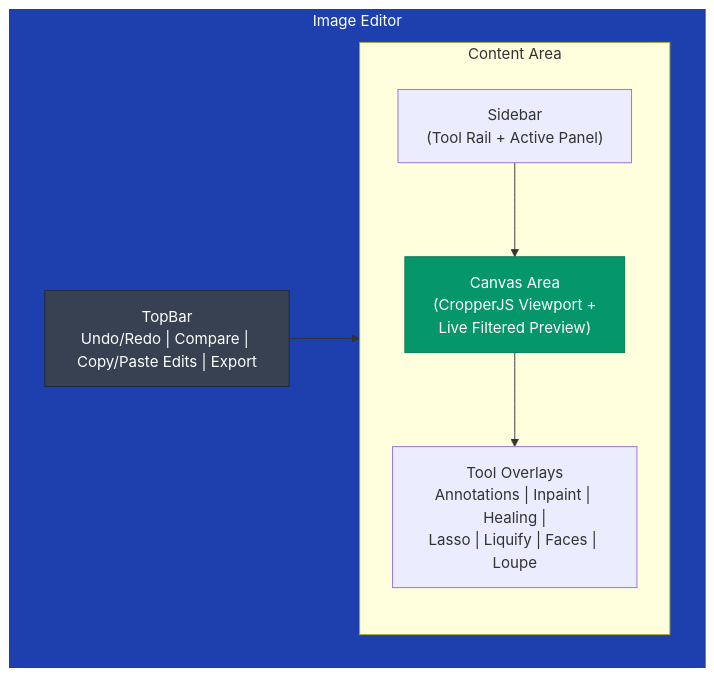
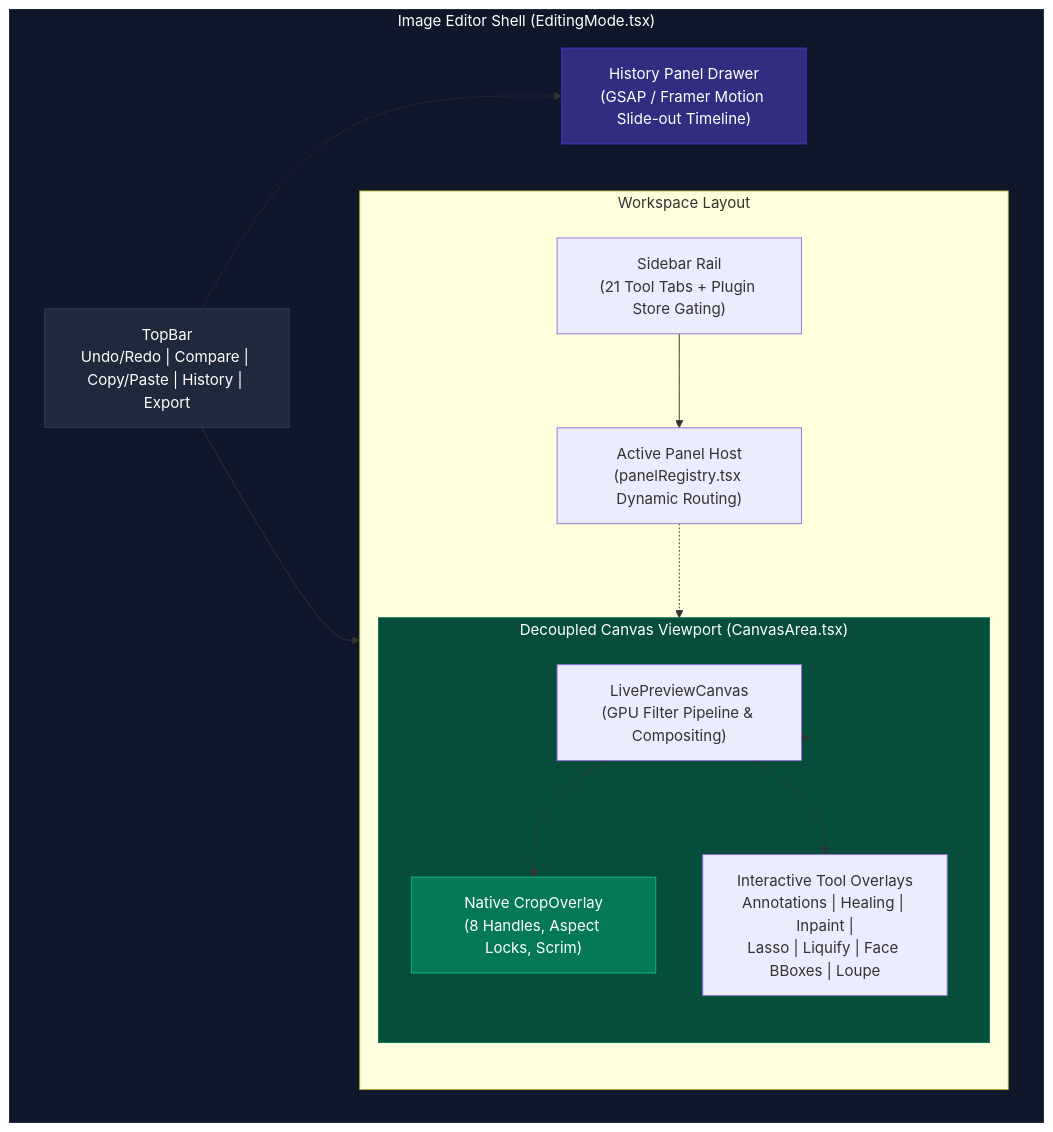
One commit to VardhmanSurana/Prism changed the first of 6 diagrams in docs/IMAGE_EDITOR.md. Above: the diagram before and after it, drawn with Mermaid. The commit also changed other lines of this file, not shown here.

First line of the commit message:
docs(editor): update IMAGE_EDITOR.md with complete modular architecture and tools

````diff
--- a/docs/IMAGE_EDITOR.md
+++ b/docs/IMAGE_EDITOR.md
@@ -11,20 +11,33 @@
 ```mermaid
 graph TB
-    subgraph Editor["Image Editor"]
-        TopBar["TopBar<br/>Undo/Redo | Compare | Copy/Paste Edits | Export"]
+    subgraph EditorShell["Image Editor Shell (EditingMode.tsx)"]
+        TopBar["TopBar<br/>Undo/Redo | Compare | Copy/Paste | History | Export"]
 
-        subgraph Content["Content Area"]
-            Sidebar["Sidebar<br/>(Tool Rail + Active Panel)"]
-            Canvas["Canvas Area<br/>(CropperJS Viewport +<br/>Live Filtered Preview)"]
-            Overlays["Tool Overlays<br/>Annotations | Inpaint | Healing |<br/>Lasso | Liquify | Faces | Loupe"]
+        subgraph CoreArea["Workspace Layout"]
+            Sidebar["Sidebar Rail<br/>(21 Tool Tabs + Plugin Store Gating)"]
+            ActivePanel["Active Panel Host<br/>(panelRegistry.tsx Dynamic Routing)"]
+            
+            subgraph DecoupledViewport["Decoupled Canvas Viewport (CanvasArea.tsx)"]
+                LiveCanvas["LivePreviewCanvas<br/>(GPU Filter Pipeline & Compositing)"]
+                NativeCrop["Native CropOverlay<br/>(8 Handles, Aspect Locks, Scrim)"]
+                ToolOverlays["Interactive Tool Overlays<br/>Annotations | Healing | Inpaint |<br/>Lasso | Liquify | Face BBoxes | Loupe"]
+            end
         end
+
+        HistoryDrawer["History Panel Drawer<br/>(GSAP / Framer Motion Slide-out Timeline)"]
     end
 
-    TopBar --> Content
-    Sidebar --> Canvas
-    Canvas --> Overlays
+    TopBar --> CoreArea
+    Sidebar --> ActivePanel
+    ActivePanel -.-> DecoupledViewport
+    DecoupledViewport --> LiveCanvas
+    LiveCanvas --> NativeCrop
+    LiveCanvas --> ToolOverlays
+    TopBar -.-> HistoryDrawer
 
-    style Editor fill:#1e40af,stroke:#1e3a8a,color:#fff
-    style TopBar fill:#374151,stroke:#1f2937,color:#fff
-    style Canvas fill:#059669,stroke:#047857,color:#fff
+    style EditorShell fill:#0f172a,stroke:#1e293b,color:#fff
+    style TopBar fill:#1e293b,stroke:#334155,color:#fff
+    style DecoupledViewport fill:#064e3b,stroke:#047857,color:#fff
+    style NativeCrop fill:#047857,stroke:#10b981,color:#fff
+    style HistoryDrawer fill:#312e81,stroke:#4338ca,color:#fff
 ```
````
